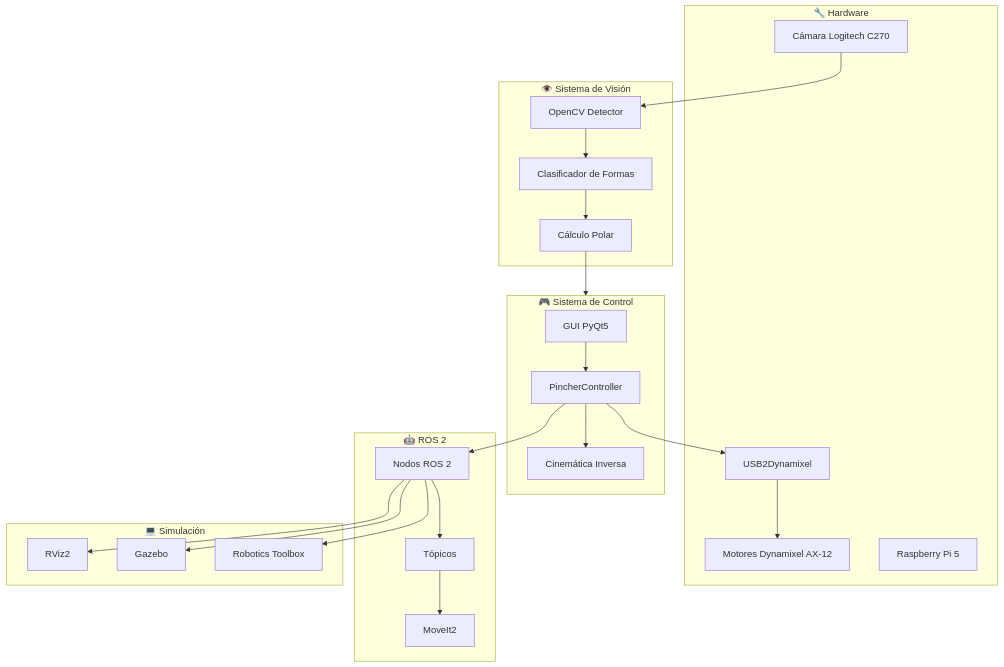
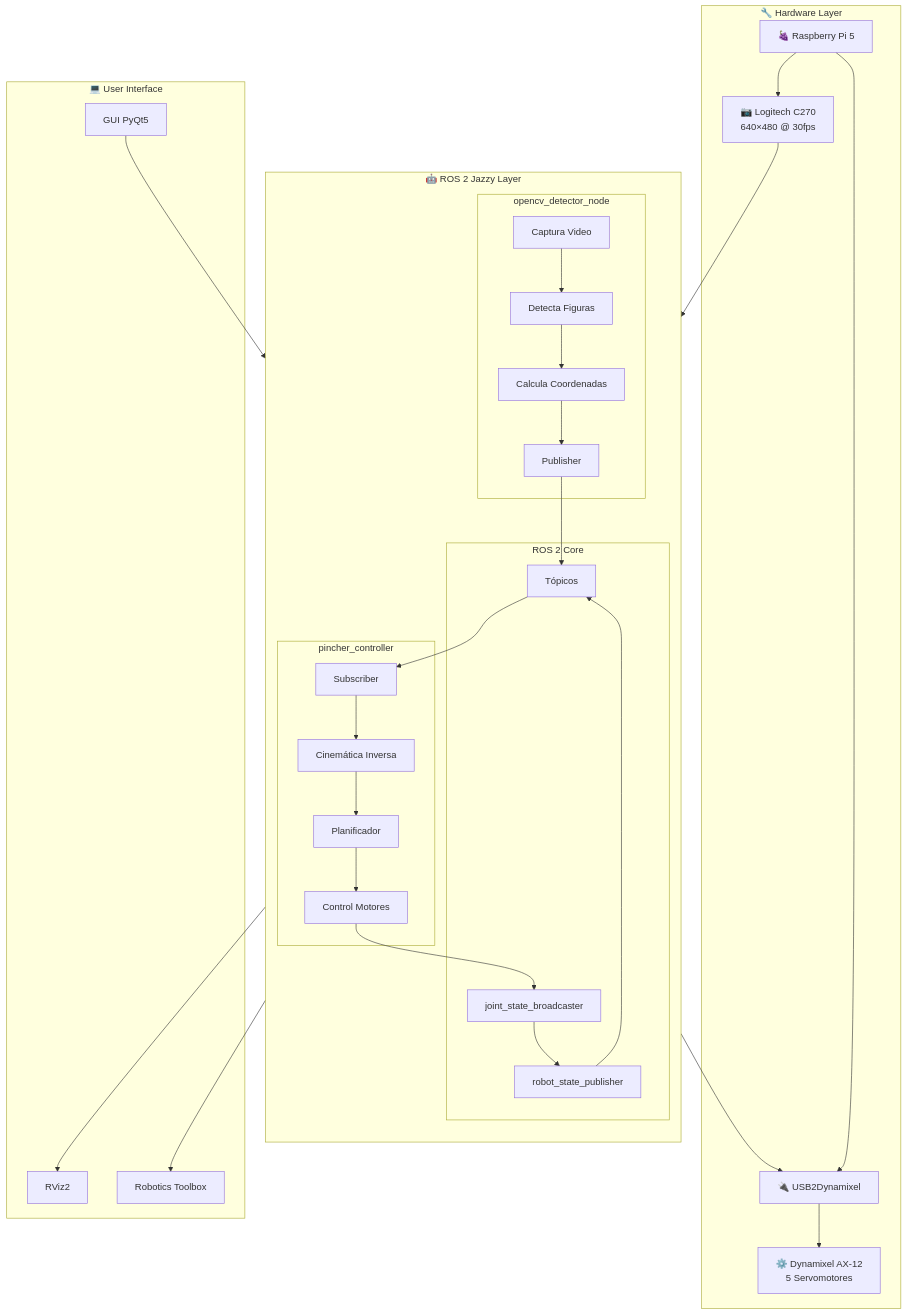
One commit to samsanchezcar/Phantom_X_Pincher_ROS2_OpenCV changed the first of 2 diagrams in README.md. Above: the diagram before and after it, drawn with Mermaid. The commit also changed other lines of this file, not shown here.

````diff
--- a/README.md
+++ b/README.md
@@ -177,51 +138,70 @@
 ```mermaid
 flowchart TB
-    subgraph HARDWARE["🔧 Hardware"]
-        CAM[Cámara Logitech C270]
-        MOTORS[Motores Dynamixel AX-12]
-        USB[USB2Dynamixel]
-        RPI[Raspberry Pi 5]
+    subgraph HARDWARE["🔧 Hardware Layer"]
+        CAM[📷 Logitech C270<br/>640×480 @ 30fps]
+        MOTORS[⚙️ Dynamixel AX-12<br/>5 Servomotores]
+        USB[🔌 USB2Dynamixel]
+        RPI[🍇 Raspberry Pi 5]
     end
     
-    subgraph VISION["👁️ Sistema de Visión"]
-        OPENCV[OpenCV Detector]
-        POLAR[Cálculo Polar]
-        CLASS[Clasificador de Formas]
+    subgraph ROS2["🤖 ROS 2 Jazzy Layer"]
+        direction TB
+        
+        subgraph VISION_NODE["opencv_detector_node"]
+            CAPTURE[Captura Video]
+            DETECT[Detecta Figuras]
+            COORDS[Calcula Coordenadas]
+            PUB[Publisher]
+        end
+        
+        subgraph CONTROL_NODE["pincher_controller"]
+            SUB[Subscriber]
+            IK[Cinemática Inversa]
+            TRAJ[Planificador]
+            MOTOR_CTRL[Control Motores]
+        end
+        
+        subgraph ROS_CORE["ROS 2 Core"]
+            TOPICS[Tópicos]
+            RSP[robot_state_publisher]
+            JSB[joint_state_broadcaster]
+        end
     end
     
-    subgraph CONTROL["🎮 Sistema de Control"]
+    subgraph GUI_LAYER["💻 User Interface"]
         GUI[GUI PyQt5]
-        CONTROLLER[PincherController]
-        KINEMATICS[Cinemática Inversa]
-    end
-    
-    subgraph ROS2["🤖 ROS 2"]
-        NODES[Nodos ROS 2]
-        TOPICS[Tópicos]
-        MOVEIT[MoveIt2]
-    end
-    
-    subgraph SIM["💻 Simulación"]
         RVIZ[RViz2]
-        GAZEBO[Gazebo]
         TOOLBOX[Robotics Toolbox]
     end
     
-    CAM --> OPENCV
-    OPENCV --> CLASS
-    CLASS --> POLAR
-    POLAR --> CONTROL
+    %% Conexiones Hardware
+    CAM --> CAPTURE
+    USB --> MOTORS
+    RPI --> CAM
+    RPI --> USB
     
-    GUI --> CONTROLLER
-    CONTROLLER --> KINEMATICS
-    CONTROLLER --> USB
-    USB --> MOTORS
+    %% Flujo de Visión
+    CAPTURE --> DETECT
+    DETECT --> COORDS
+    COORDS --> PUB
     
-    CONTROLLER --> NODES
-    NODES --> TOPICS
-    TOPICS --> MOVEIT
+    %% Comunicación ROS
+    PUB --> TOPICS
+    TOPICS --> SUB
     
-    NODES --> RVIZ
-    NODES --> GAZEBO
-    NODES --> TOOLBOX
+    %% Flujo de Control
+    SUB --> IK
+    IK --> TRAJ
+    TRAJ --> MOTOR_CTRL
+    MOTOR_CTRL --> USB
+    
+    %% Estado del Robot
+    MOTOR_CTRL --> JSB
+    JSB --> RSP
+    RSP --> TOPICS
+    
+    %% Interfaces de Usuario
+    GUI --> CONTROL_NODE
+    TOPICS --> RVIZ
+    TOPICS --> TOOLBOX
 ```
````
